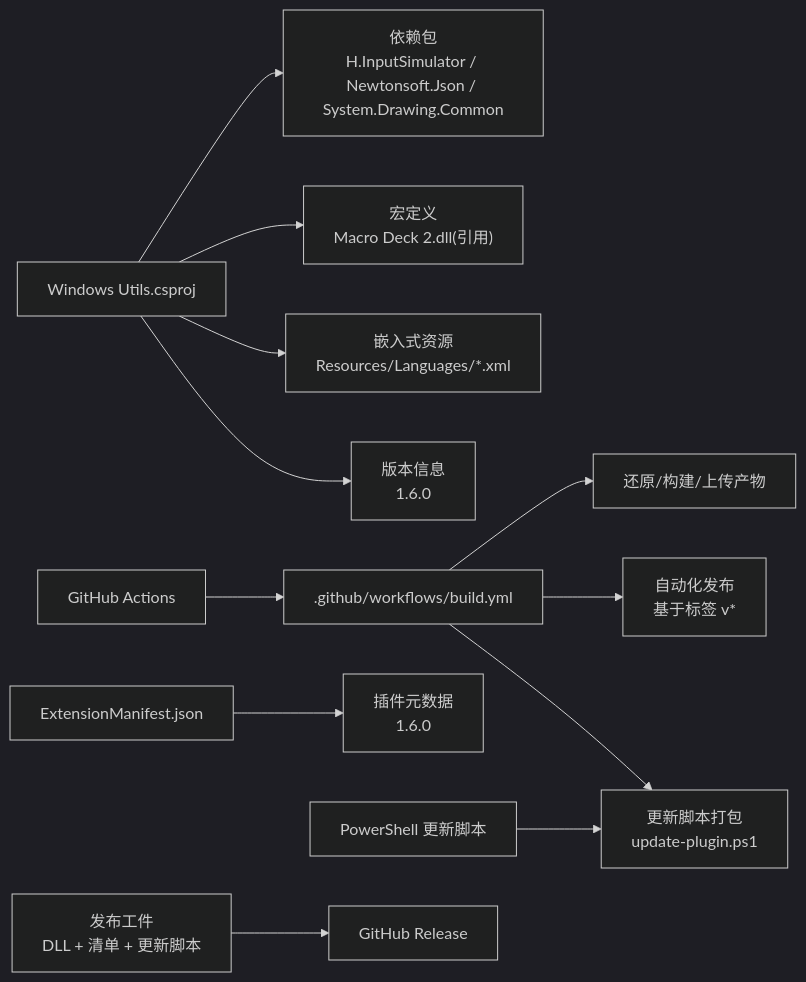
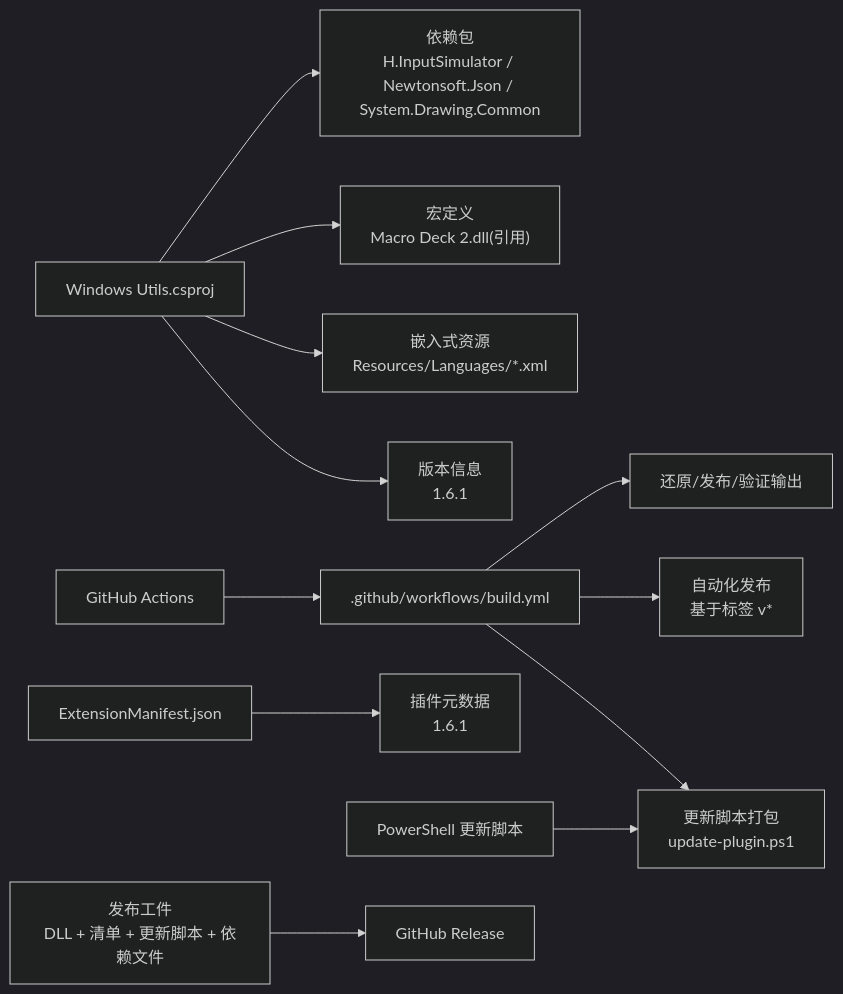
Before and after one commit to tea4go/Macro-Deck-Windows-Utils-Plugin: the seventh of 8 diagrams in .qoder/repowiki/zh/content/贡献指南.md, drawn with Mermaid (dark theme). The commit also changed other lines of this file and 16 other files, not shown here.

````diff
--- a/.qoder/repowiki/zh/content/贡献指南.md
+++ b/.qoder/repowiki/zh/content/贡献指南.md
@@ -293,14 +294,14 @@
 ```mermaid
 graph LR
 A["Windows Utils.csproj"] --> B["依赖包<br/>H.InputSimulator / Newtonsoft.Json / System.Drawing.Common"]
 A --> C["宏定义<br/>Macro Deck 2.dll(引用)"]
 A --> D["嵌入式资源<br/>Resources/Languages/*.xml"]
-A --> E["版本信息<br/>1.6.0"]
-F[".github/workflows/build.yml"] --> G["还原/构建/上传产物"]
+A --> E["版本信息<br/>1.6.1"]
+F[".github/workflows/build.yml"] --> G["还原/发布/验证输出"]
 F --> H["自动化发布<br/>基于标签 v*"]
 F --> I["更新脚本打包<br/>update-plugin.ps1"]
-J["ExtensionManifest.json"] --> K["插件元数据<br/>1.6.0"]
+J["ExtensionManifest.json"] --> K["插件元数据<br/>1.6.1"]
 L["GitHub Actions"] --> F
 M["PowerShell 更新脚本"] --> I
-N["发布工件<br/>DLL + 清单 + 更新脚本"] --> O["GitHub Release"]
+N["发布工件<br/>DLL + 清单 + 更新脚本 + 依赖文件"] --> O["GitHub Release"]
 ```
````
